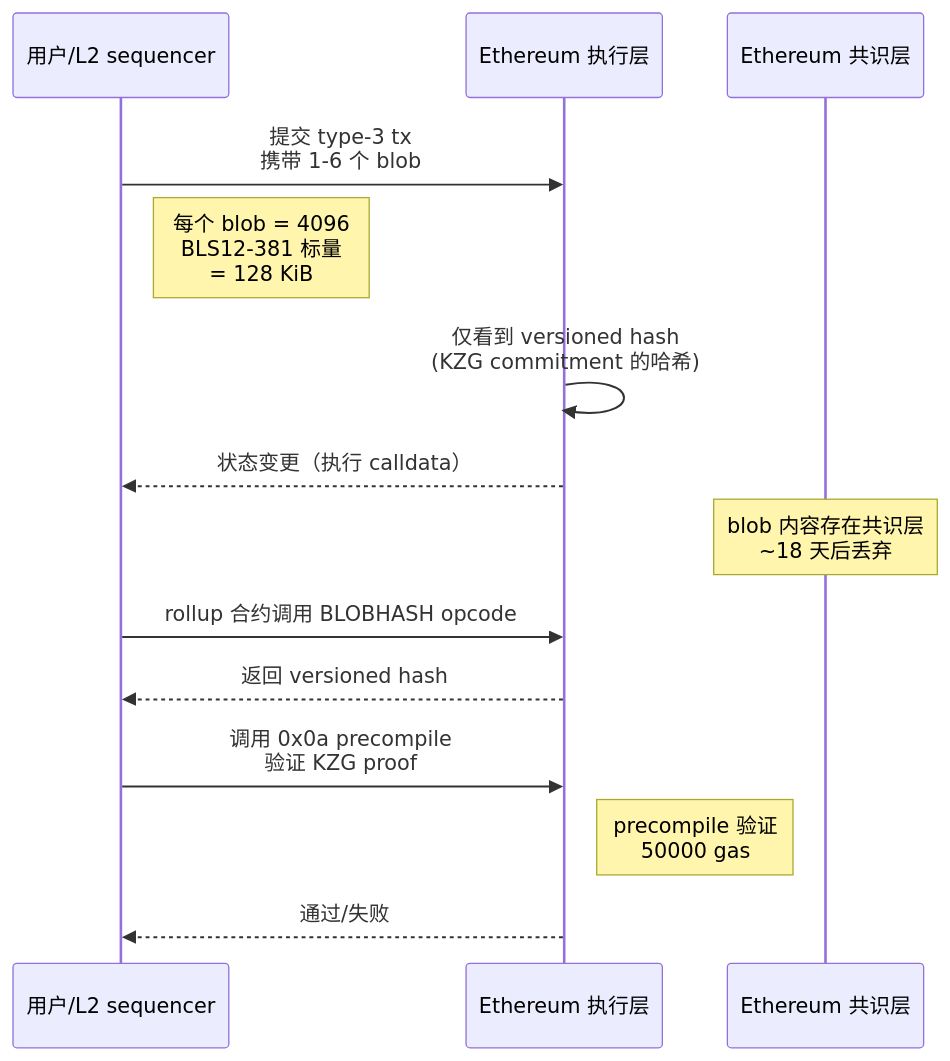
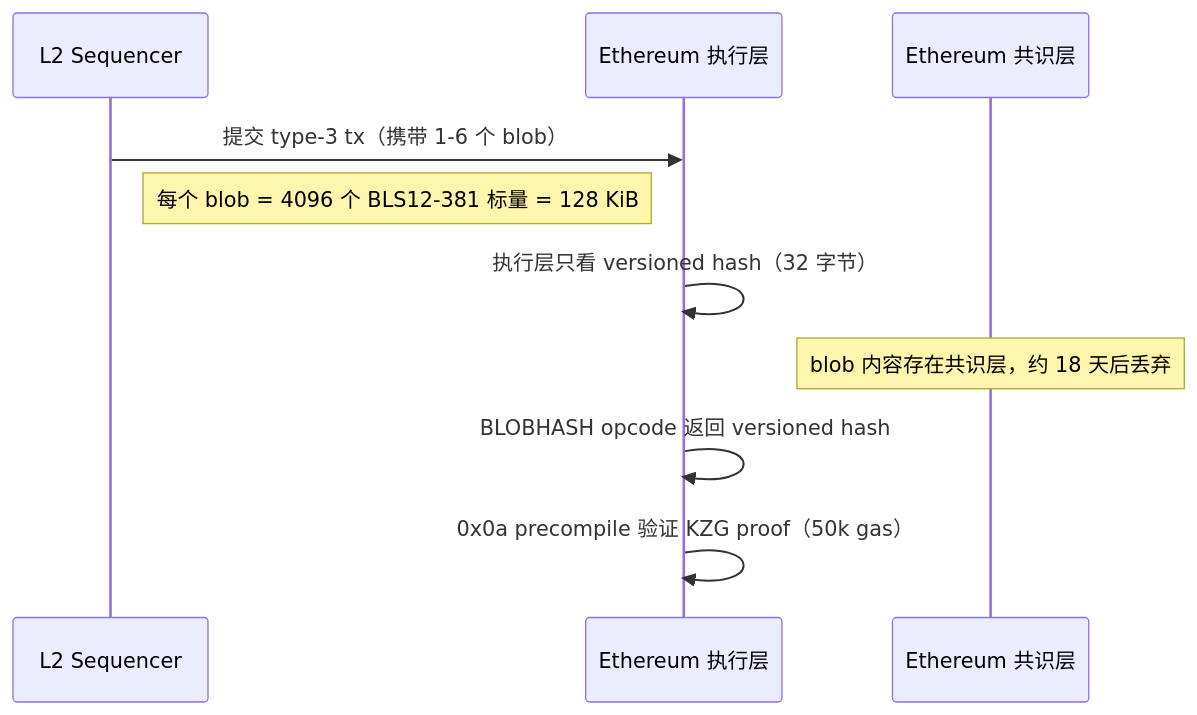
One commit to ChuwuYo/misc-files changed the seventh of 13 diagrams in web3-engineer-guide/07-L2与扩容/README.md. Above: the diagram before and after it, drawn with Mermaid. The commit also changed other lines of this file and 211 other files, not shown here.

````diff
--- a/web3-engineer-guide/07-L2与扩容/README.md
+++ b/web3-engineer-guide/07-L2与扩容/README.md
@@ -511,17 +368,12 @@
 ```mermaid
 sequenceDiagram
-    participant U as 用户/L2 sequencer
+    participant S as L2 Sequencer
     participant E as Ethereum 执行层
     participant C as Ethereum 共识层
-
-    U->>E: 提交 type-3 tx<br>携带 1-6 个 blob
-    Note right of U: 每个 blob = 4096<br>BLS12-381 标量<br>= 128 KiB
-    E->>E: 仅看到 versioned hash<br>(KZG commitment 的哈希)
-    E-->>U: 状态变更（执行 calldata）
-    Note over C: blob 内容存在共识层<br>~18 天后丢弃
-    U->>E: rollup 合约调用 BLOBHASH opcode
-    E-->>U: 返回 versioned hash
-    U->>E: 调用 0x0a precompile<br>验证 KZG proof
-    Note right of E: precompile 验证<br>50000 gas
-    E-->>U: 通过/失败
+    S->>E: 提交 type-3 tx（携带 1-6 个 blob）
+    Note right of S: 每个 blob = 4096 个 BLS12-381 标量 = 128 KiB
+    E->>E: 执行层只看 versioned hash（32 字节）
+    Note over C: blob 内容存在共识层，约 18 天后丢弃
+    E->>E: BLOBHASH opcode 返回 versioned hash
+    E->>E: 0x0a precompile 验证 KZG proof（50k gas）
 ```
````
